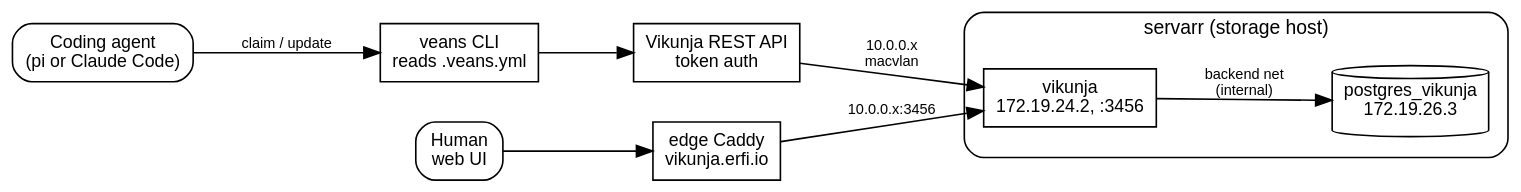
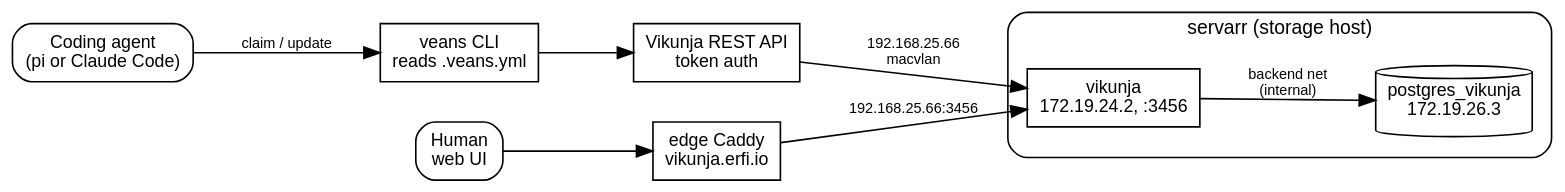
The first of 2 diagrams in src/content/docs/reference/kanban-board-for-coding-agents.mdx (erfianugrah/lexicanum), drawn with Graphviz before and after one commit. The commit also changed other lines of this file and 17 other files, not shown here.

````diff
--- a/src/content/docs/reference/kanban-board-for-coding-agents.mdx
+++ b/src/content/docs/reference/kanban-board-for-coding-agents.mdx
@@ -120,27 +120,27 @@
 ```dot
 digraph {
   rankdir=LR; bgcolor="transparent"; nodesep=0.35; ranksep=0.8;
   fontname="Helvetica,Arial,sans-serif";
   node [fontname="Helvetica,Arial,sans-serif", fontsize=11, shape=box];
   edge [fontname="Helvetica,Arial,sans-serif", fontsize=9];
 
   agent [label="Coding agent\n(pi or Claude Code)", shape=box, style=rounded];
   veans [label="veans CLI\nreads .veans.yml"];
   api   [label="Vikunja REST API\ntoken auth"];
   human [label="Human\nweb UI", shape=box, style=rounded];
   caddy [label="edge Caddy\nvikunja.erfi.io"];
 
   subgraph cluster_servarr {
     label="servarr (storage host)"; style=rounded; fontsize=12; margin=12;
     vk [label="vikunja\n172.19.24.2, :3456"];
     pg [label="postgres_vikunja\n172.19.26.3", shape=cylinder];
   }
 
   agent -> veans [label="claim / update"];
   veans -> api;
-  api   -> vk  [label="10.0.0.x\nmacvlan"];
+  api   -> vk  [label="192.168.25.66\nmacvlan"];
   human -> caddy;
-  caddy -> vk  [label="10.0.0.x:3456"];
+  caddy -> vk  [label="192.168.25.66:3456"];
   vk    -> pg  [label="backend net\n(internal)"];
 }
 ```
````
